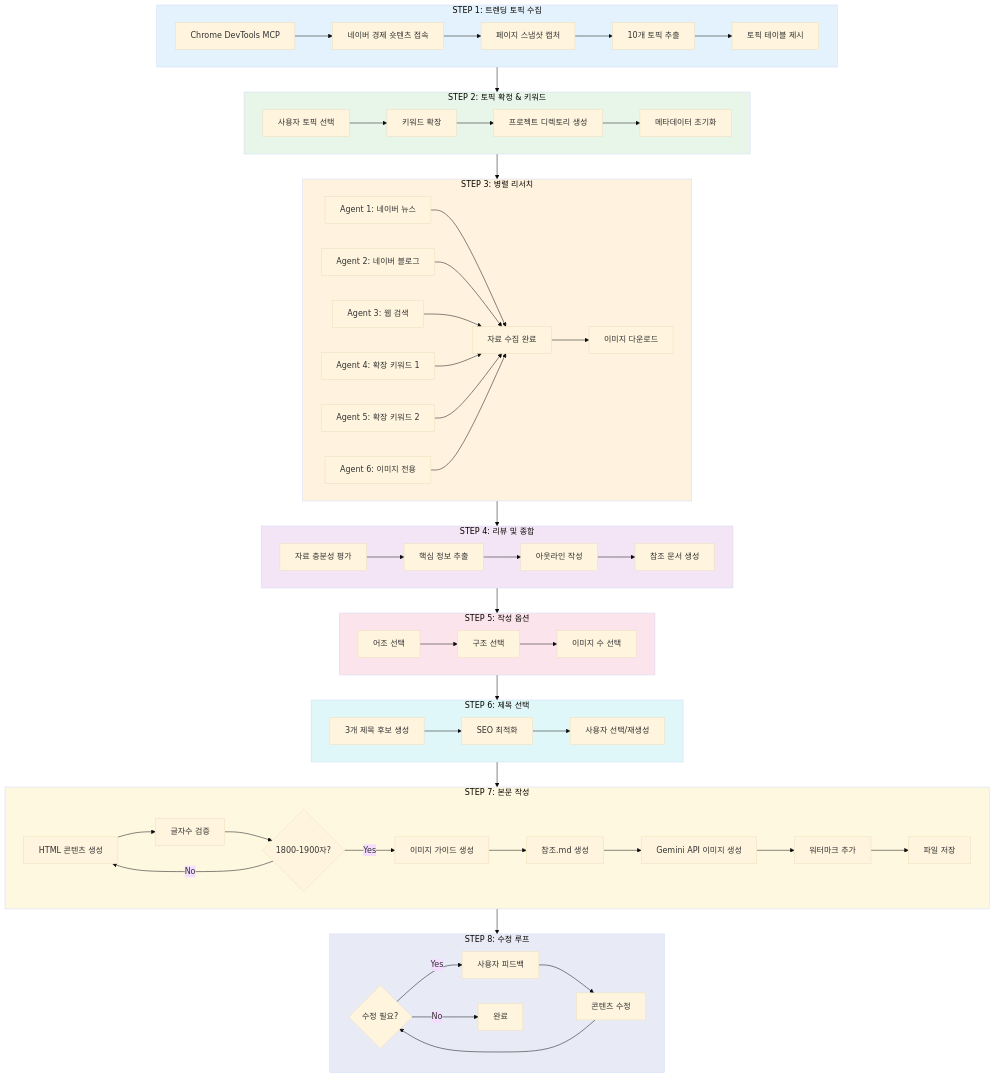
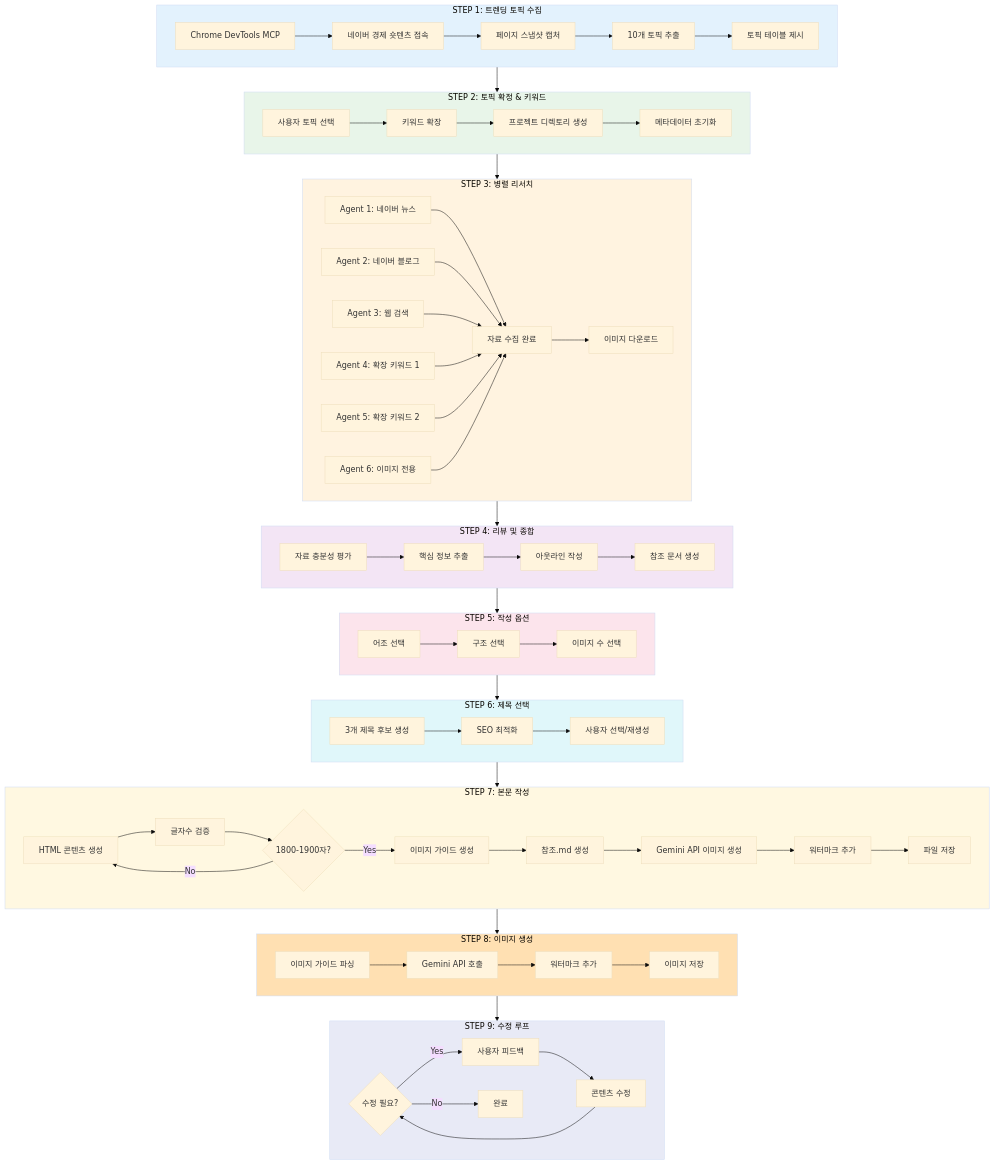
One commit to kim62210/naver-blog-automation-skill changed the first of 9 diagrams in PIPELINE-ANALYSIS.md. Above: the diagram before and after it, drawn with Mermaid (base theme). The commit also changed other lines of this file and 1 other file, not shown here.

First line of the commit message:
docs: 워크플로우 문서 8→9단계 업데이트

````diff
--- a/PIPELINE-ANALYSIS.md
+++ b/PIPELINE-ANALYSIS.md
@@ -87,12 +87,18 @@
         G7 --> G8[파일 저장]
     end
 
-    subgraph STEP8["STEP 8: 수정 루프"]
-        H1{수정 필요?}
-        H1 -->|Yes| H2[사용자 피드백]
-        H2 --> H3[콘텐츠 수정]
-        H3 --> H1
-        H1 -->|No| H4[완료]
+    subgraph STEP8["STEP 8: 이미지 생성"]
+        H1[이미지 가이드 파싱] --> H2[Gemini API 호출]
+        H2 --> H3[워터마크 추가]
+        H3 --> H4[이미지 저장]
+    end
+
+    subgraph STEP9["STEP 9: 수정 루프"]
+        I1{수정 필요?}
+        I1 -->|Yes| I2[사용자 피드백]
+        I2 --> I3[콘텐츠 수정]
+        I3 --> I1
+        I1 -->|No| I4[완료]
     end
 
     STEP1 --> STEP2
@@ -102,6 +108,7 @@
     STEP5 --> STEP6
     STEP6 --> STEP7
     STEP7 --> STEP8
+    STEP8 --> STEP9
 
     style STEP1 fill:#e3f2fd
     style STEP2 fill:#e8f5e9
@@ -110,5 +117,6 @@
     style STEP5 fill:#fce4ec
     style STEP6 fill:#e0f7fa
     style STEP7 fill:#fff8e1
-    style STEP8 fill:#e8eaf6
+    style STEP8 fill:#ffe0b2
+    style STEP9 fill:#e8eaf6
 ```
````
